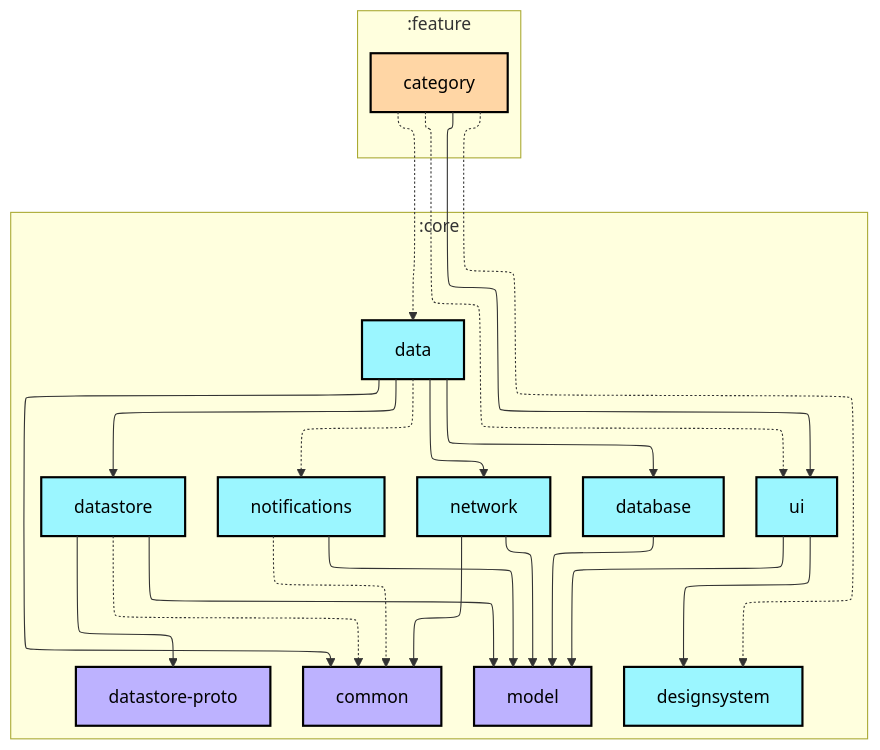
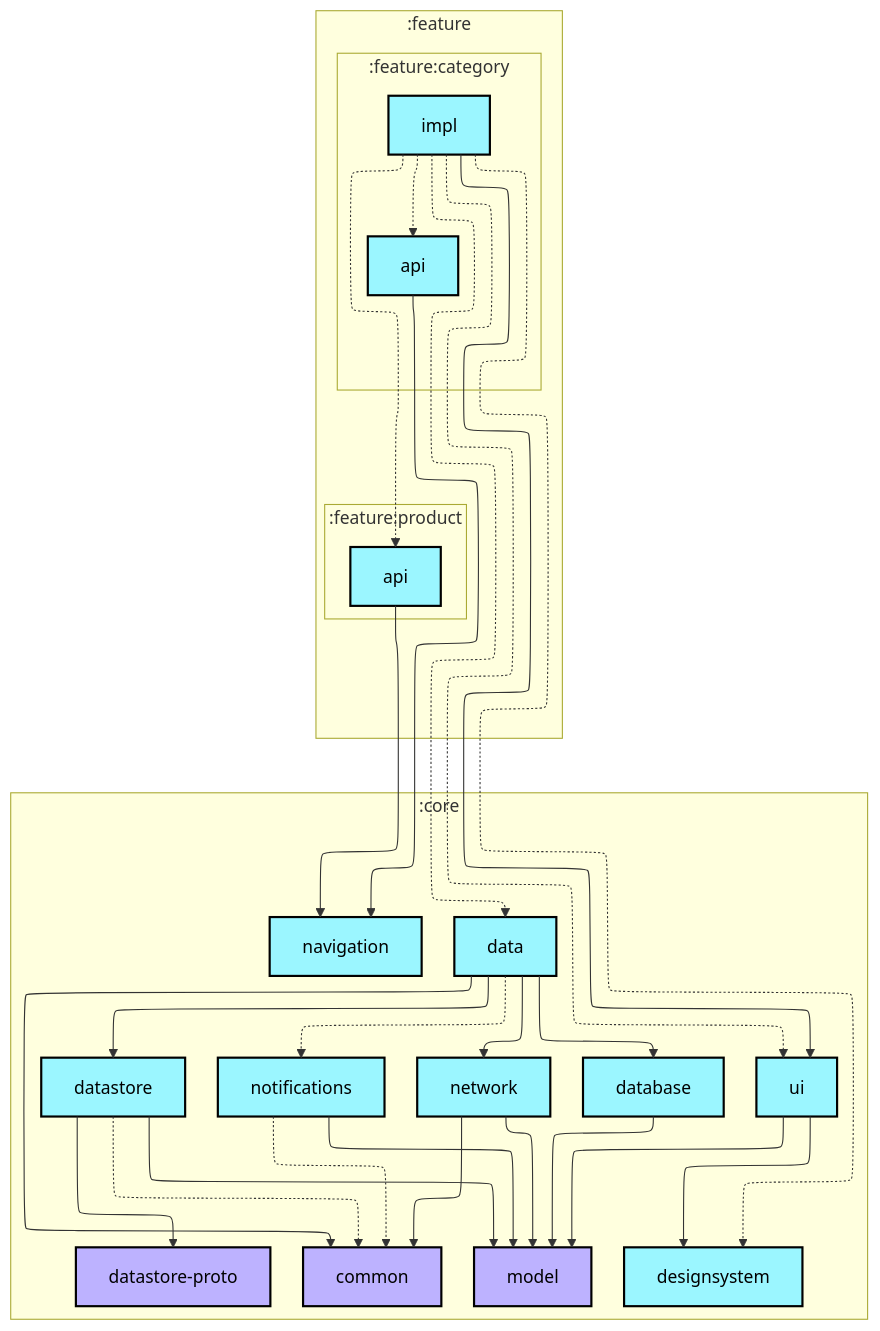
The first of 2 diagrams in feature/category/impl/README.md (AshishMK/JetUpdates), drawn with Mermaid before and after one commit. The commit also changed 15 other files, not shown here.

Commit message:
feat: hideBottomBar logic All pull requests completed after PR # 2003Migrate project to Jetpack Navigation 3 to PR #2100 Update README graphs with correct datastore-proto plugin

````diff
--- a/feature/category/impl/README.md
+++ b/feature/category/impl/README.md
@@ -6,53 +6,66 @@
 ```mermaid
 ---
 config:
   layout: elk
   elk:
     nodePlacementStrategy: SIMPLE
 ---
 graph TB
+  subgraph :feature
+    direction TB
+    subgraph :feature:category
+      direction TB
+      :feature:category:api[api]:::android-library
+      :feature:category:impl[impl]:::android-library
+    end
+    subgraph :feature:product
+      direction TB
+      :feature:product:api[api]:::android-library
+    end
+  end
   subgraph :core
     direction TB
     :core:common[common]:::jvm-library
     :core:data[data]:::android-library
     :core:database[database]:::android-library
     :core:datastore[datastore]:::android-library
     :core:datastore-proto[datastore-proto]:::jvm-library
     :core:designsystem[designsystem]:::android-library
     :core:model[model]:::jvm-library
+    :core:navigation[navigation]:::android-library
     :core:network[network]:::android-library
     :core:notifications[notifications]:::android-library
     :core:ui[ui]:::android-library
-  end
-  subgraph :feature
-    direction TB
-    :feature:category[category]:::android-feature
   end
 
   :core:data --> :core:common
   :core:data --> :core:database
   :core:data --> :core:datastore
   :core:data --> :core:network
   :core:data -.-> :core:notifications
   :core:database --> :core:model
   :core:datastore -.-> :core:common
   :core:datastore --> :core:datastore-proto
   :core:datastore --> :core:model
   :core:network --> :core:common
   :core:network --> :core:model
   :core:notifications -.-> :core:common
   :core:notifications --> :core:model
   :core:ui --> :core:designsystem
   :core:ui --> :core:model
-  :feature:category -.-> :core:data
-  :feature:category -.-> :core:designsystem
-  :feature:category --> :core:ui
-  :feature:category -.-> :core:ui
+  :feature:category:api --> :core:navigation
+  :feature:category:impl -.-> :core:data
+  :feature:category:impl -.-> :core:designsystem
+  :feature:category:impl --> :core:ui
+  :feature:category:impl -.-> :core:ui
+  :feature:category:impl -.-> :feature:category:api
+  :feature:category:impl -.-> :feature:product:api
+  :feature:product:api --> :core:navigation
 
 classDef android-application fill:#CAFFBF,stroke:#000,stroke-width:2px,color:#000;
 classDef android-feature fill:#FFD6A5,stroke:#000,stroke-width:2px,color:#000;
 classDef android-library fill:#9BF6FF,stroke:#000,stroke-width:2px,color:#000;
 classDef android-test fill:#A0C4FF,stroke:#000,stroke-width:2px,color:#000;
 classDef jvm-library fill:#BDB2FF,stroke:#000,stroke-width:2px,color:#000;
 classDef unknown fill:#FFADAD,stroke:#000,stroke-width:2px,color:#000;
 ```
````
